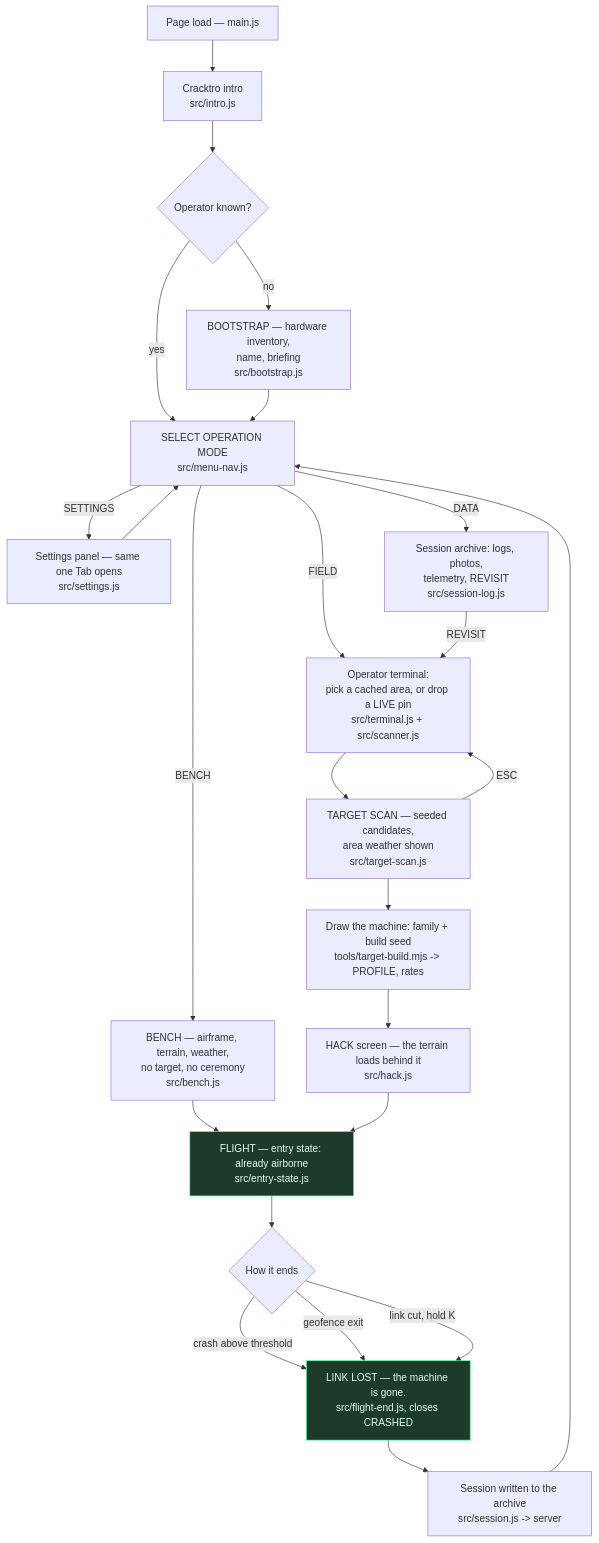
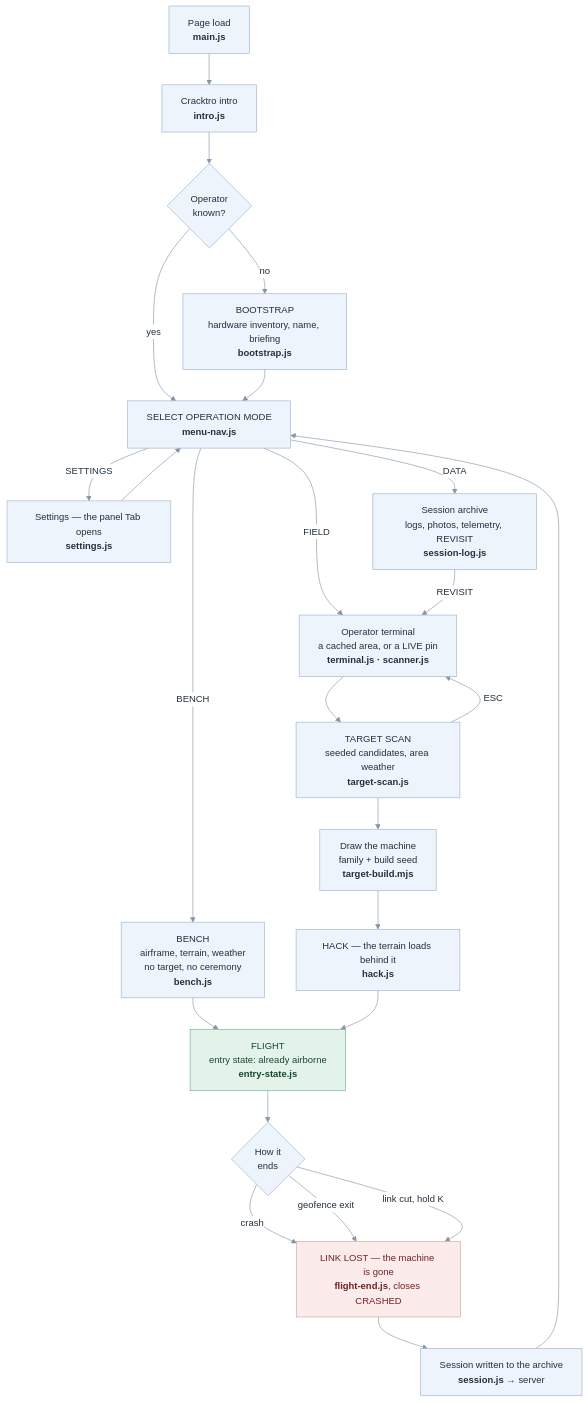
Before and after one commit to lionrayonnant/FPVThePlanet: the first of 5 diagrams in sim/docs/architecture-diagrams.md, drawn with Mermaid. The commit also changed other lines of this file and 5 other files, not shown here.

First line of the commit message:
docs(diagrams): a light palette, and colour that means something (#98)

````diff
--- a/sim/docs/architecture-diagrams.md
+++ b/sim/docs/architecture-diagrams.md
@@ -40,31 +48,41 @@
 ```mermaid
+%%{init: {'theme':'base','themeVariables':{
+  'fontFamily':'ui-sans-serif, system-ui, -apple-system, Segoe UI, sans-serif',
+  'fontSize':'15px',
+  'primaryColor':'#EEF4FC','primaryTextColor':'#22303C','primaryBorderColor':'#9BB3CD',
+  'lineColor':'#8496A8','edgeLabelBackground':'#FFFFFF',
+  'clusterBkg':'#FBFDFF','clusterBorder':'#D6E2EE',
+  'tertiaryColor':'#FFFFFF'}}}%%
 flowchart TD
-    LOAD["Page load — main.js"] --> INTRO["Cracktro intro<br/>src/intro.js"]
-    INTRO --> OP{"Operator known?"}
-    OP -- "no" --> BOOT["BOOTSTRAP — hardware inventory,<br/>name, briefing<br/>src/bootstrap.js"]
+    LOAD["Page load<br/><b>main.js</b>"] --> INTRO["Cracktro intro<br/><b>intro.js</b>"]
+    INTRO --> OP{"Operator<br/>known?"}
+    OP -- "no" --> BOOT["BOOTSTRAP<br/>hardware inventory, name, briefing<br/><b>bootstrap.js</b>"]
     OP -- "yes" --> MODE
-    BOOT --> MODE["SELECT OPERATION MODE<br/>src/menu-nav.js"]
+    BOOT --> MODE["SELECT OPERATION MODE<br/><b>menu-nav.js</b>"]
 
-    MODE -- "SETTINGS" --> SET["Settings panel — same one Tab opens<br/>src/settings.js"] --> MODE
-    MODE -- "DATA" --> DATA["Session archive: logs, photos,<br/>telemetry, REVISIT<br/>src/session-log.js"]
-    MODE -- "BENCH" --> BENCH["BENCH — airframe, terrain, weather,<br/>no target, no ceremony<br/>src/bench.js"]
-    MODE -- "FIELD" --> TERM["Operator terminal:<br/>pick a cached area, or drop a LIVE pin<br/>src/terminal.js + src/scanner.js"]
+    MODE -- "SETTINGS" --> SET["Settings — the panel Tab opens<br/><b>settings.js</b>"] --> MODE
+    MODE -- "DATA" --> DATA["Session archive<br/>logs, photos, telemetry, REVISIT<br/><b>session-log.js</b>"]
+    MODE -- "BENCH" --> BENCH["BENCH<br/>airframe, terrain, weather<br/>no target, no ceremony<br/><b>bench.js</b>"]
+    MODE -- "FIELD" --> TERM["Operator terminal<br/>a cached area, or a LIVE pin<br/><b>terminal.js · scanner.js</b>"]
 
     DATA -- "REVISIT" --> TERM
-    TERM --> SCAN["TARGET SCAN — seeded candidates,<br/>area weather shown<br/>src/target-scan.js"]
+    TERM --> SCAN["TARGET SCAN<br/>seeded candidates, area weather<br/><b>target-scan.js</b>"]
     SCAN -- "ESC" --> TERM
-    SCAN --> BUILD["Draw the machine: family + build seed<br/>tools/target-build.mjs -> PROFILE, rates"]
-    BUILD --> HACK["HACK screen — the terrain loads behind it<br/>src/hack.js"]
+    SCAN --> BUILD["Draw the machine<br/>family + build seed<br/><b>target-build.mjs</b>"]
+    BUILD --> HACK["HACK — the terrain loads behind it<br/><b>hack.js</b>"]
+
     BENCH --> FLIGHT
-    HACK --> FLIGHT["FLIGHT — entry state: already airborne<br/>src/entry-state.js"]
+    HACK --> FLIGHT["FLIGHT<br/>entry state: already airborne<br/><b>entry-state.js</b>"]
 
-    FLIGHT --> END{"How it ends"}
-    END -- "crash above threshold" --> DEAD
+    FLIGHT --> END{"How it<br/>ends"}
+    END -- "crash" --> DEAD
     END -- "geofence exit" --> DEAD
     END -- "link cut, hold K" --> DEAD
-    DEAD["LINK LOST — the machine is gone.<br/>src/flight-end.js, closes CRASHED"] --> ARCH["Session written to the archive<br/>src/session.js -> server"]
+    DEAD["LINK LOST — the machine is gone<br/><b>flight-end.js</b>, closes CRASHED"] --> ARCH["Session written to the archive<br/><b>session.js</b> → server"]
     ARCH --> MODE
 
-    classDef flight fill:#1d3b2a,stroke:#4f9,color:#dfe
-    class FLIGHT,DEAD flight
+    classDef flight fill:#E3F3EA,stroke:#6FAE8B,color:#164A30
+    classDef stop fill:#FBEBEB,stroke:#D9A0A0,color:#6E2222
+    class FLIGHT flight
+    class DEAD stop
 ```
````
